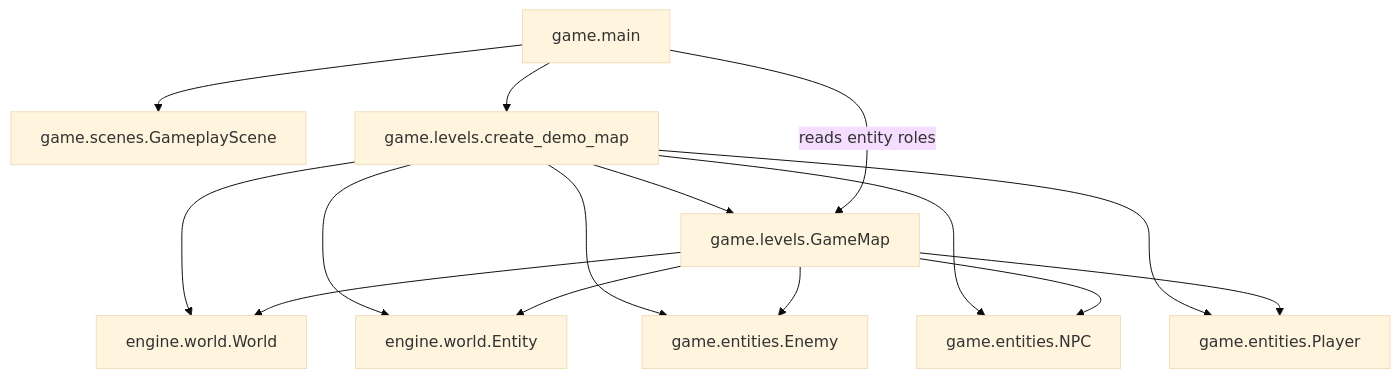
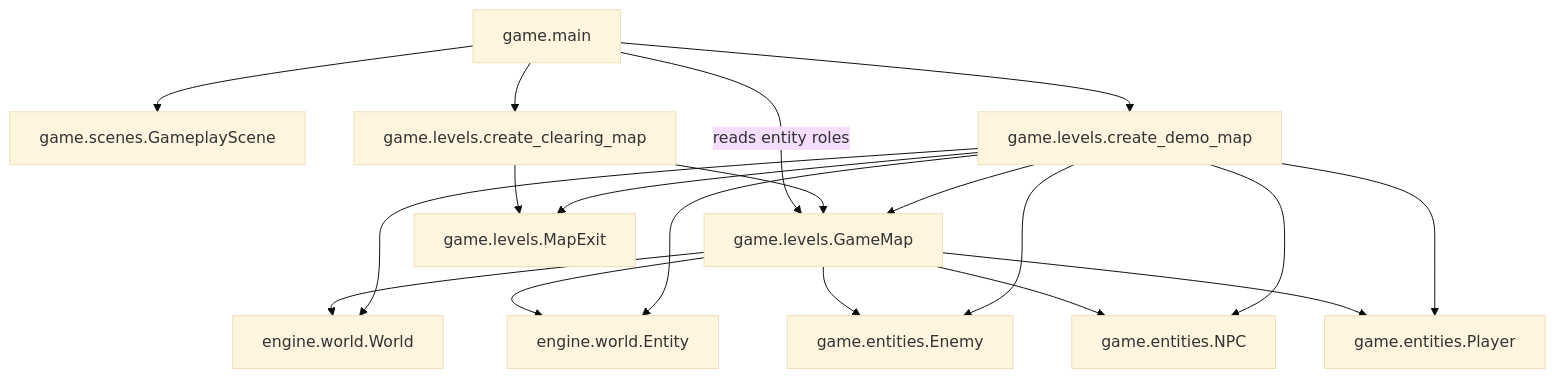
Before and after one commit to VincentMardon/my_first_adventure_game: the diagram in docs/architecture/levels.md, drawn with Mermaid (base theme). The commit also changed other lines of this file and 18 other files, not shown here.

Commit message:
feat(levels): add bidirectional map navigation

````diff
--- a/docs/architecture/levels.md
+++ b/docs/architecture/levels.md
@@ -67,27 +86,33 @@
 ```mermaid
 flowchart TD
     GameMap["game.levels.GameMap"]
     GameMain["game.main"]
     GameplayScene["game.scenes.GameplayScene"]
     DemoMap["game.levels.create_demo_map"]
+    ClearingMap["game.levels.create_clearing_map"]
+    MapExit["game.levels.MapExit"]
     World["engine.world.World"]
     Entity["engine.world.Entity"]
     Enemy["game.entities.Enemy"]
     NPC["game.entities.NPC"]
     Player["game.entities.Player"]
 
     DemoMap --> GameMap
+    ClearingMap --> GameMap
+    DemoMap --> MapExit
+    ClearingMap --> MapExit
     DemoMap --> World
     DemoMap --> Entity
     DemoMap --> Enemy
     DemoMap --> NPC
     DemoMap --> Player
     GameMap --> World
     GameMap --> Entity
     GameMap --> Enemy
     GameMap --> NPC
     GameMap --> Player
     GameMain --> DemoMap
+    GameMain --> ClearingMap
     GameMain -->|"reads entity roles"| GameMap
     GameMain --> GameplayScene
 ```
````
